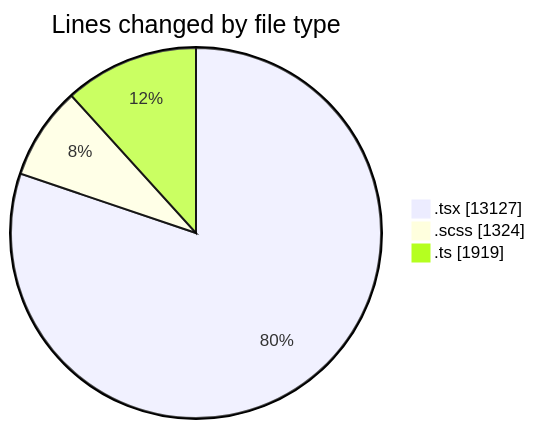
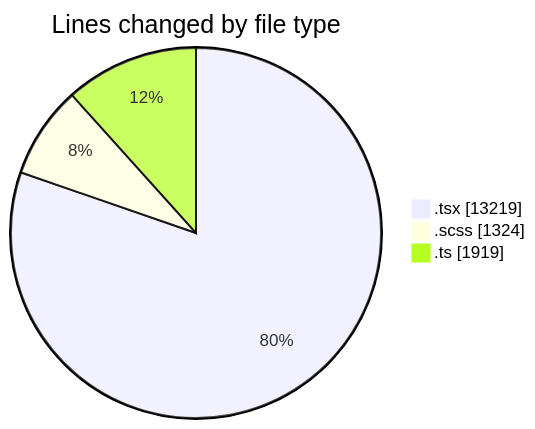
One commit to momahboobian/code-tracking changed the first of 2 diagrams in 2026-05-01/cda/README.md. Above: the diagram before and after it, drawn with Mermaid. The commit also changed other lines of this file and 1 other file, not shown here.

````diff
--- a/2026-05-01/cda/README.md
+++ b/2026-05-01/cda/README.md
@@ -65,7 +65,7 @@
 ```mermaid
 pie showData
 title Lines changed by file type
-".tsx" : 13127
+".tsx" : 13219
 ".scss" : 1324
 ".ts" : 1919
 ```
````
